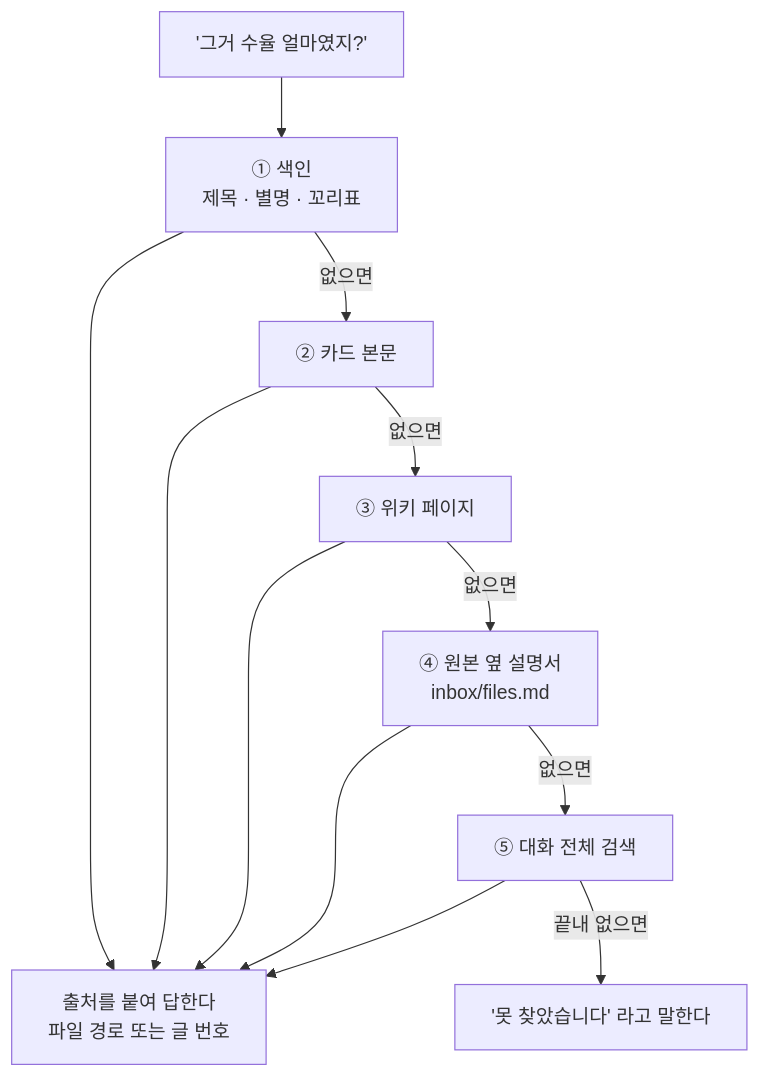
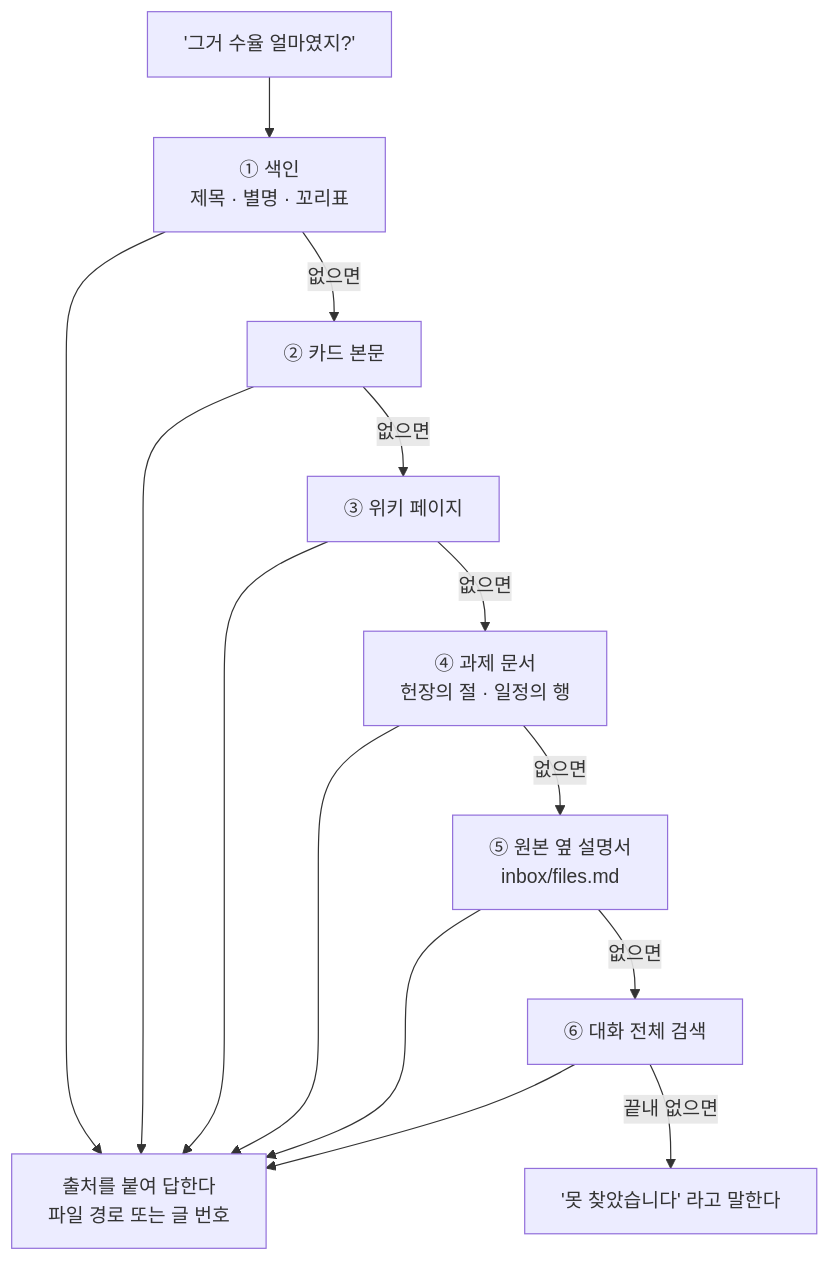
One commit to bjw202/prodev changed the seventh of 12 diagrams in README.md. Above: the diagram before and after it, drawn with Mermaid. The commit also changed other lines of this file and 6 other files, not shown here.

````diff
--- a/README.md
+++ b/README.md
@@ -268,10 +268,11 @@
 ```mermaid
 flowchart TB
     Q["'그거 수율 얼마였지?'"] --> L1["① 색인<br/>제목 · 별명 · 꼬리표"]
     L1 -->|"없으면"| L2["② 카드 본문"]
     L2 -->|"없으면"| L3["③ 위키 페이지"]
-    L3 -->|"없으면"| L4["④ 원본 옆 설명서<br/>inbox/files.md"]
-    L4 -->|"없으면"| L5["⑤ 대화 전체 검색"]
-    L1 & L2 & L3 & L4 & L5 --> ANS["출처를 붙여 답한다<br/>파일 경로 또는 글 번호"]
-    L5 -->|"끝내 없으면"| NO["'못 찾았습니다' 라고 말한다"]
+    L3 -->|"없으면"| L4["④ 과제 문서<br/>헌장의 절 · 일정의 행"]
+    L4 -->|"없으면"| L5["⑤ 원본 옆 설명서<br/>inbox/files.md"]
+    L5 -->|"없으면"| L6["⑥ 대화 전체 검색"]
+    L1 & L2 & L3 & L4 & L5 & L6 --> ANS["출처를 붙여 답한다<br/>파일 경로 또는 글 번호"]
+    L6 -->|"끝내 없으면"| NO["'못 찾았습니다' 라고 말한다"]
 ```
````
